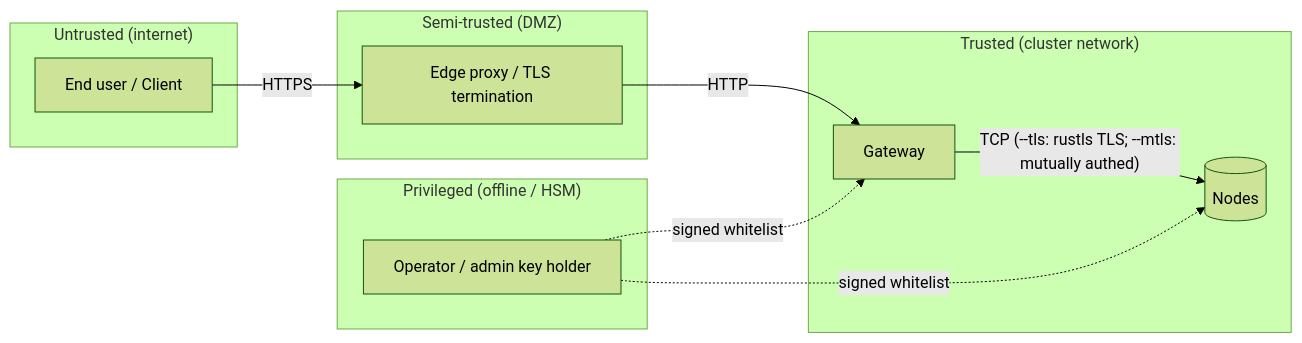
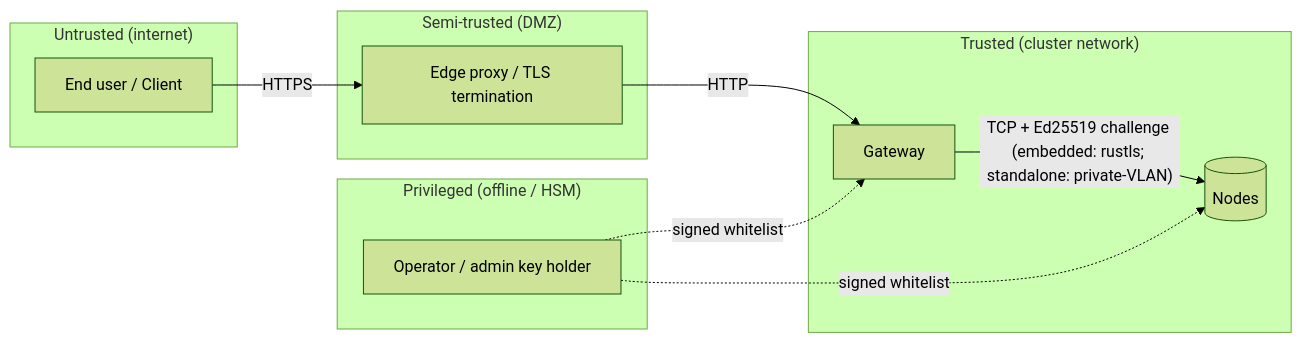
The diagram in docs/threat-model.md (rmorenko/holofs), drawn with Mermaid (forest theme) before and after one commit. The commit also changed other lines of this file and 8 other files, not shown here.

````diff
--- a/docs/threat-model.md
+++ b/docs/threat-model.md
@@ -60,21 +60,21 @@
 ```mermaid
 flowchart LR
     user[End user / Client] -->|HTTPS| edge[Edge proxy / TLS termination]
     edge -->|HTTP| gw[Gateway]
-    gw -->|"TCP (--tls: rustls TLS; --mtls: mutually authed)"| nodes[(Nodes)]
+    gw -->|"TCP + Ed25519 challenge (embedded: rustls; standalone: private-VLAN)"| nodes[(Nodes)]
     admin[Operator / admin key holder] -.->|signed whitelist| nodes
     admin -.->|signed whitelist| gw
     subgraph TB1["Untrusted (internet)"]
         user
     end
     subgraph TB2["Semi-trusted (DMZ)"]
         edge
     end
     subgraph TB3["Trusted (cluster network)"]
         gw
         nodes
     end
     subgraph TB4["Privileged (offline / HSM)"]
         admin
     end
 ```
````
